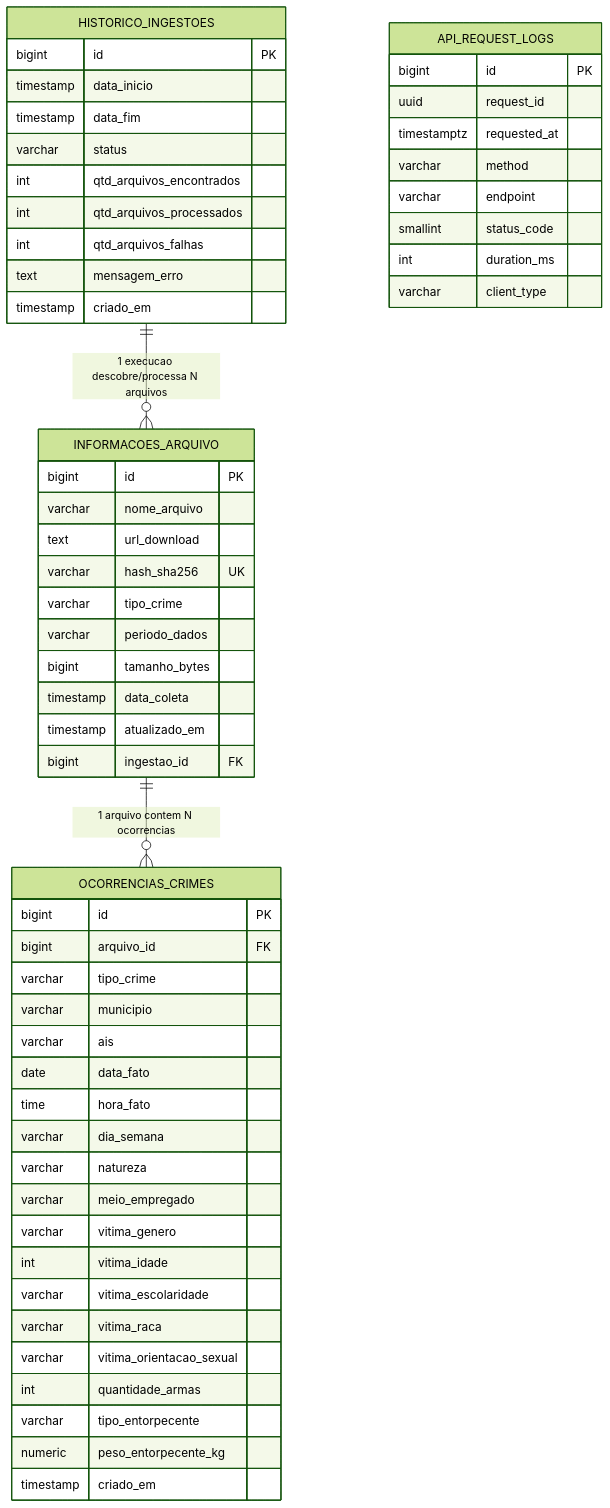
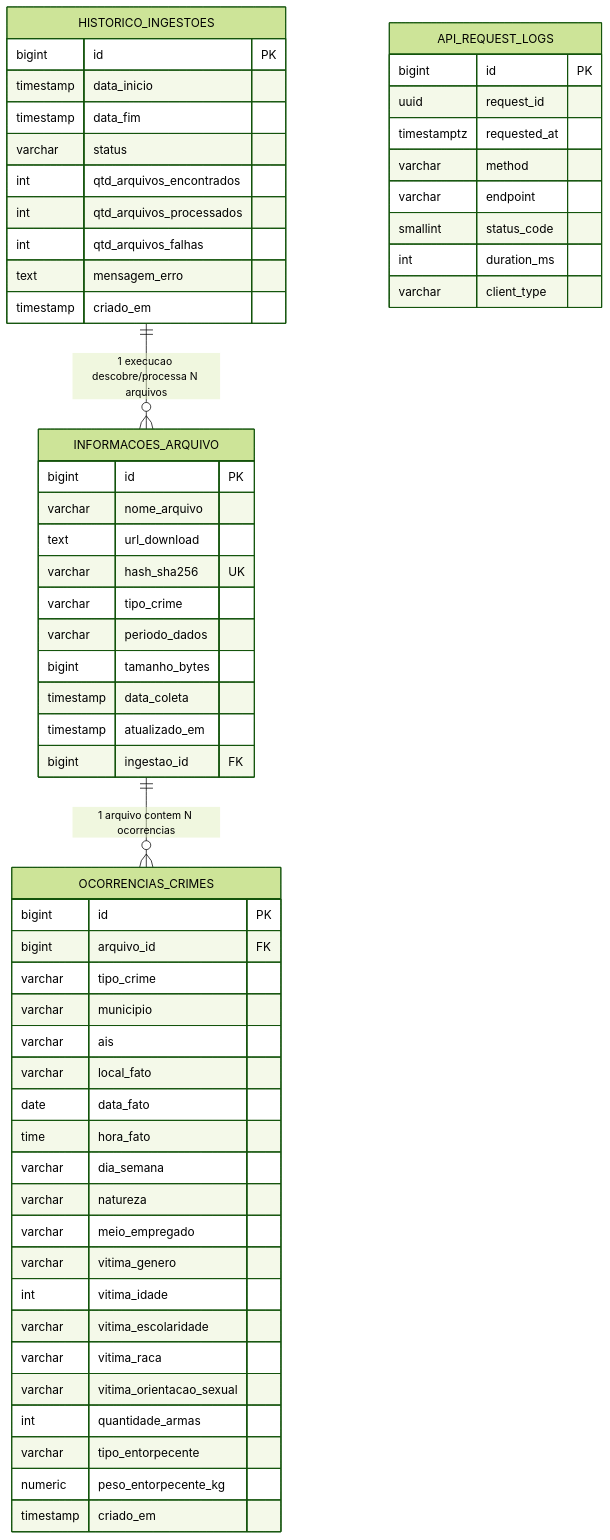
Before and after one commit to lucaspbds/api_sspds: the diagram in docs/database.md, drawn with Mermaid (forest theme). The commit also changed other lines of this file, not shown here.

Commit message:
docs(database): inclui coluna local_fato no MER, dicionario e DDL

````diff
--- a/docs/database.md
+++ b/docs/database.md
@@ -18,63 +18,64 @@
 ```mermaid
 erDiagram
     HISTORICO_INGESTOES ||--o{ INFORMACOES_ARQUIVO : "1 execucao descobre/processa N arquivos"
     INFORMACOES_ARQUIVO ||--o{ OCORRENCIAS_CRIMES : "1 arquivo contem N ocorrencias"
 
     HISTORICO_INGESTOES {
         bigint id PK
         timestamp data_inicio
         timestamp data_fim
         varchar status
         int qtd_arquivos_encontrados
         int qtd_arquivos_processados
         int qtd_arquivos_falhas
         text mensagem_erro
         timestamp criado_em
     }
 
     INFORMACOES_ARQUIVO {
         bigint id PK
         varchar nome_arquivo
         text url_download
         varchar hash_sha256 UK
         varchar tipo_crime
         varchar periodo_dados
         bigint tamanho_bytes
         timestamp data_coleta
         timestamp atualizado_em
         bigint ingestao_id FK
     }
 
     OCORRENCIAS_CRIMES {
         bigint id PK
         bigint arquivo_id FK
         varchar tipo_crime
         varchar municipio
         varchar ais
+        varchar local_fato
         date data_fato
         time hora_fato
         varchar dia_semana
         varchar natureza
         varchar meio_empregado
         varchar vitima_genero
         int vitima_idade
         varchar vitima_escolaridade
         varchar vitima_raca
         varchar vitima_orientacao_sexual
         int quantidade_armas
         varchar tipo_entorpecente
         numeric peso_entorpecente_kg
         timestamp criado_em
     }
 
     API_REQUEST_LOGS {
         bigint id PK
         uuid request_id
         timestamptz requested_at
         varchar method
         varchar endpoint
         smallint status_code
         int duration_ms
         varchar client_type
     }
 ```
````
